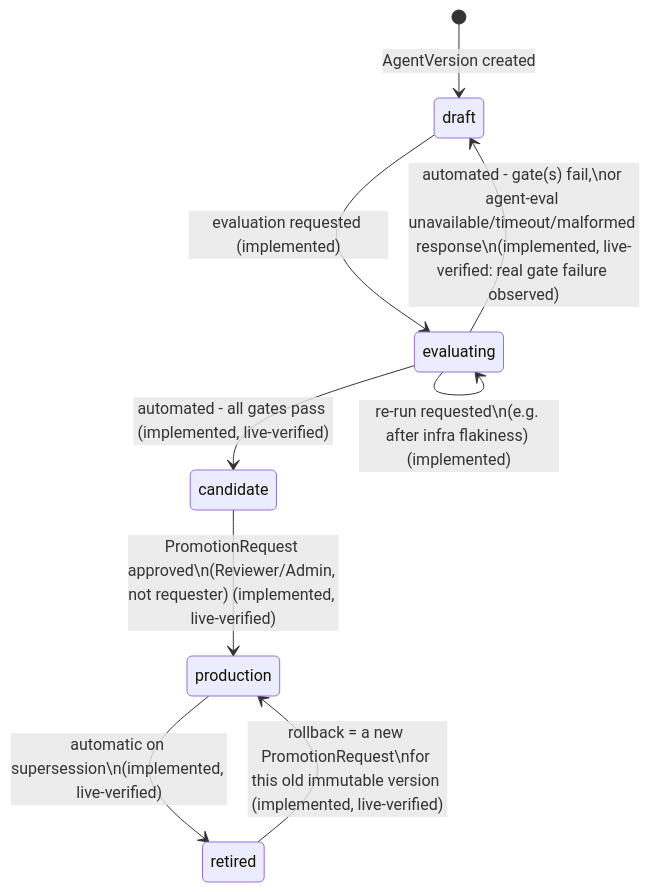
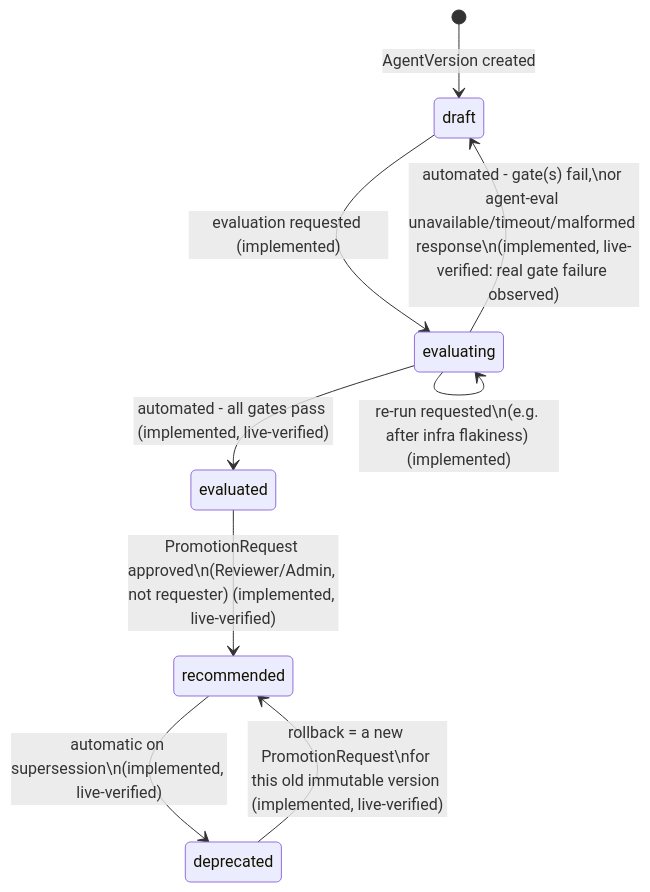
One commit to fegbewunmi/agent-developer-platform changed the second of 2 diagrams in docs/evaluation-and-promotion.md. Above: the diagram before and after it, drawn with Mermaid. The commit also changed other lines of this file and 5 other files, not shown here.

````diff
--- a/docs/evaluation-and-promotion.md
+++ b/docs/evaluation-and-promotion.md
@@ -113,11 +113,11 @@
 ```mermaid
 stateDiagram-v2
     [*] --> draft: AgentVersion created
     draft --> evaluating: evaluation requested (implemented)
     evaluating --> evaluating: re-run requested\n(e.g. after infra flakiness) (implemented)
-    evaluating --> candidate: automated - all gates pass (implemented, live-verified)
+    evaluating --> evaluated: automated - all gates pass (implemented, live-verified)
     evaluating --> draft: automated - gate(s) fail,\nor agent-eval unavailable/timeout/malformed response\n(implemented, live-verified: real gate failure observed)
-    candidate --> production: PromotionRequest approved\n(Reviewer/Admin, not requester) (implemented, live-verified)
-    production --> retired: automatic on supersession\n(implemented, live-verified)
-    retired --> production: rollback = a new PromotionRequest\nfor this old immutable version (implemented, live-verified)
+    evaluated --> recommended: PromotionRequest approved\n(Reviewer/Admin, not requester) (implemented, live-verified)
+    recommended --> deprecated: automatic on supersession\n(implemented, live-verified)
+    deprecated --> recommended: rollback = a new PromotionRequest\nfor this old immutable version (implemented, live-verified)
 ```
````
